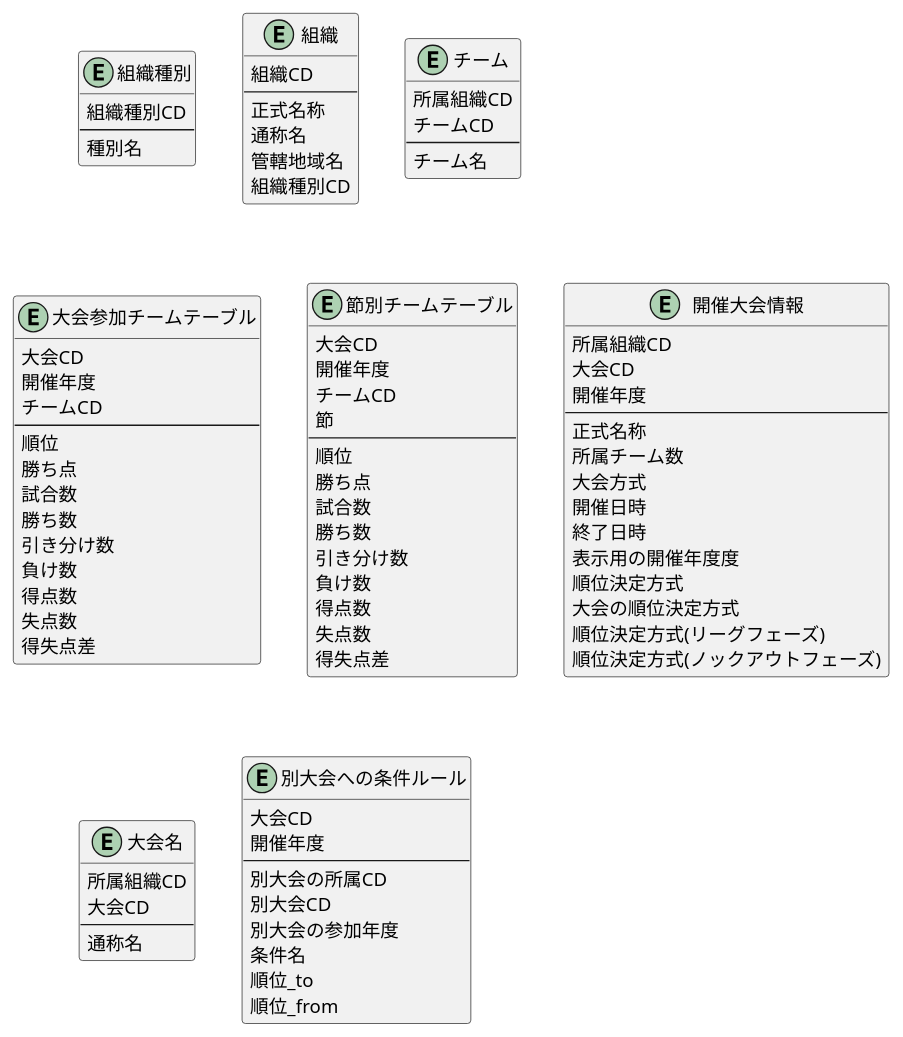
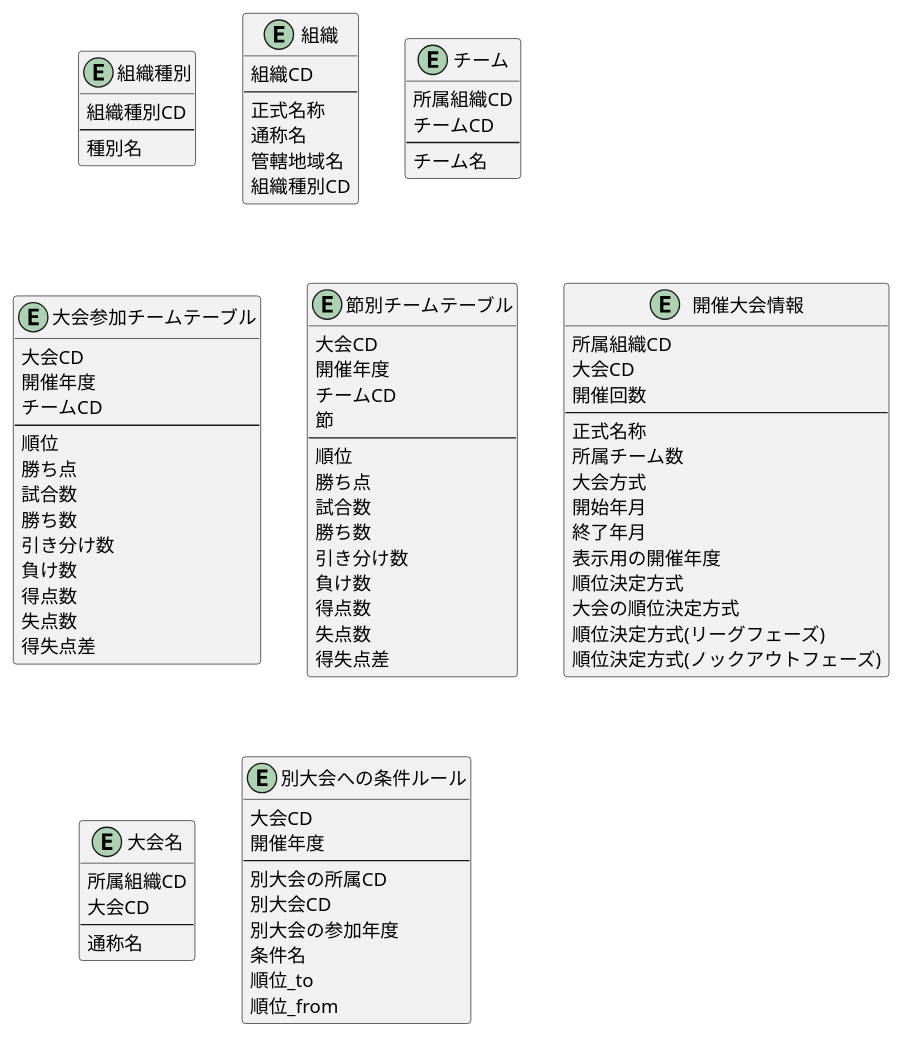
One commit to LCC-SYamada/SocckerDB_PlantUML changed the diagram in soccker_db.puml. Above: the diagram before and after it, drawn with PlantUML.

Commit message:
開催大会情報の主キーを開催回数に変更

```diff
--- a/soccker_db.puml
+++ b/soccker_db.puml
@@ -1,93 +1,93 @@
 @startuml
 
 Entity "組織種別" as OrganizationType {
   組織種別CD
   --
   種別名
 }
 
 Entity "組織" as Organization {
   組織CD
   --
   正式名称
   通称名
   管轄地域名
   組織種別CD
 }
 Entity "チーム" as Team {
   所属組織CD
   チームCD
   --
   チーム名
 }
 
 Entity "大会参加チームテーブル" as SeaSonTournament {
   大会CD
   開催年度
   チームCD
   --
   順位
   勝ち点
   試合数
   勝ち数
   引き分け数
   負け数
   得点数
   失点数
   得失点差  
 }
 
 Entity "節別チームテーブル" as MatchDayRank {
   大会CD
   開催年度
   チームCD
   節
   --
   順位
   勝ち点
   試合数
   勝ち数
   引き分け数
   負け数
   得点数
   失点数
   得失点差  
 }
 
 Entity "開催大会情報" as TournamentInfo {
   所属組織CD
   大会CD
-  開催年度
+  開催回数
   --
   正式名称
   所属チーム数
   大会方式
-  開催日時
-  終了日時
-  表示用の開催年度度
+  開始年月
+  終了年月
+  表示用の開催年度
   順位決定方式
   大会の順位決定方式
   順位決定方式(リーグフェーズ)
   順位決定方式(ノックアウトフェーズ)
 }
 
 Entity "大会名" as Tournament {
   所属組織CD
   大会CD
   --
   通称名
 }
 
 Entity "別大会への条件ルール" as TournamentDetail {
   大会CD
   開催年度
   --
   別大会の所属CD
   別大会CD
   別大会の参加年度
   条件名
   順位_to
   順位_from
 }
 
 @enduml
```
